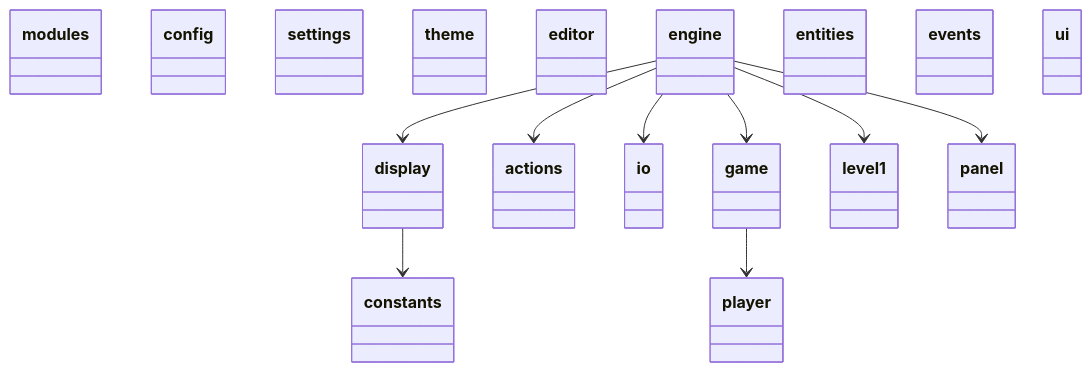
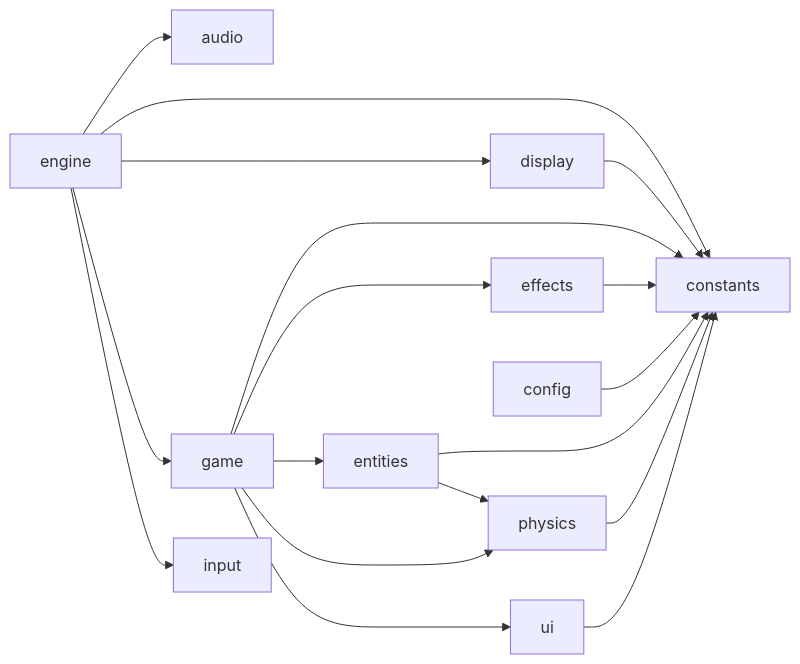
One commit to EthanAbner/TAC-III-Pinball changed the diagram in docs/packages_game.mmd. Above: the diagram before and after it, drawn with Mermaid. The commit also changed 138 other files, not shown here.

```diff
--- a/docs/packages_game.mmd
+++ b/docs/packages_game.mmd
@@ -1,43 +1,18 @@
-classDiagram
-  class modules {
-  }
-  class config {
-  }
-  class settings {
-  }
-  class theme {
-  }
-  class constants {
-  }
-  class display {
-  }
-  class editor {
-  }
-  class engine {
-  }
-  class entities {
-  }
-  class player {
-  }
-  class events {
-  }
-  class actions {
-  }
-  class io {
-  }
-  class game {
-  }
-  class ui {
-  }
-  class level1 {
-  }
-  class panel {
-  }
+flowchart LR
   display --> constants
+  game --> constants
+  game --> effects
+  game --> entities
+  game --> physics
+  game --> ui
+  engine --> audio
+  engine --> constants
   engine --> display
-  engine --> actions
-  engine --> io
   engine --> game
-  engine --> level1
-  engine --> panel
-  game --> player
+  engine --> input
+  effects --> constants
+  ui --> constants
+  physics --> constants
+  config --> constants
+  entities --> constants
+  entities --> physics
```
